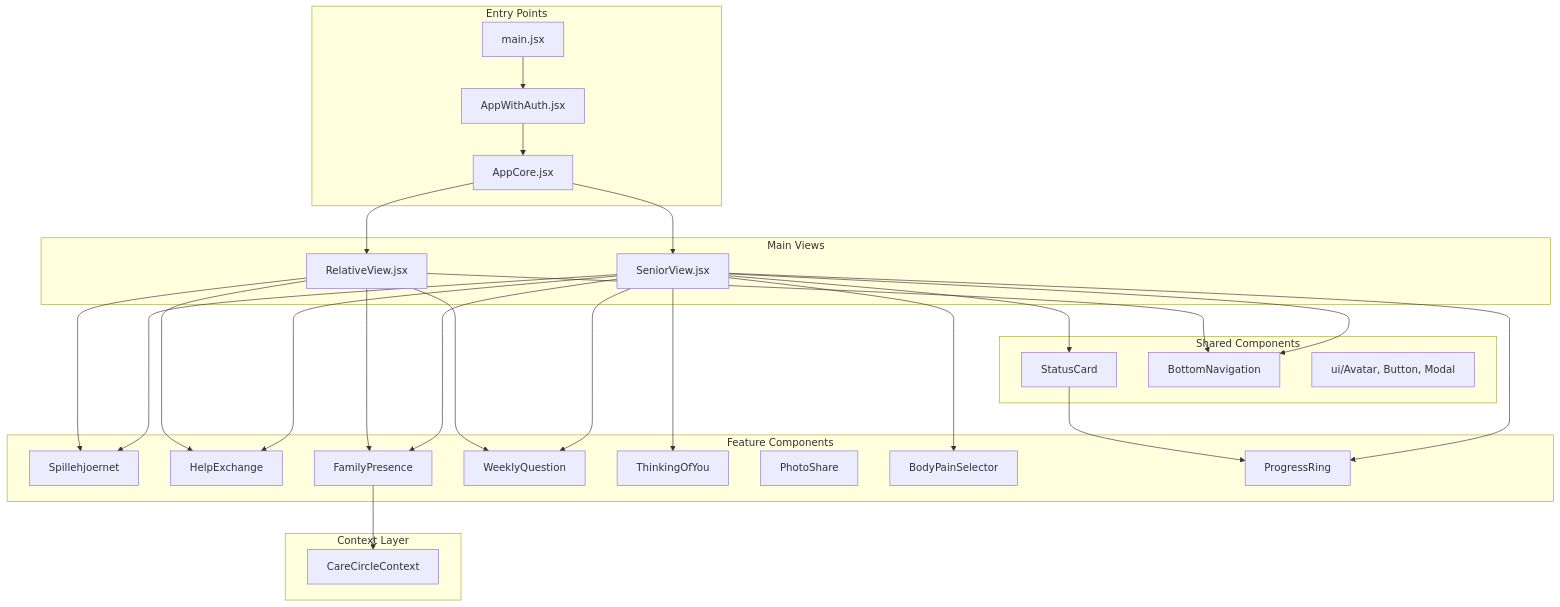
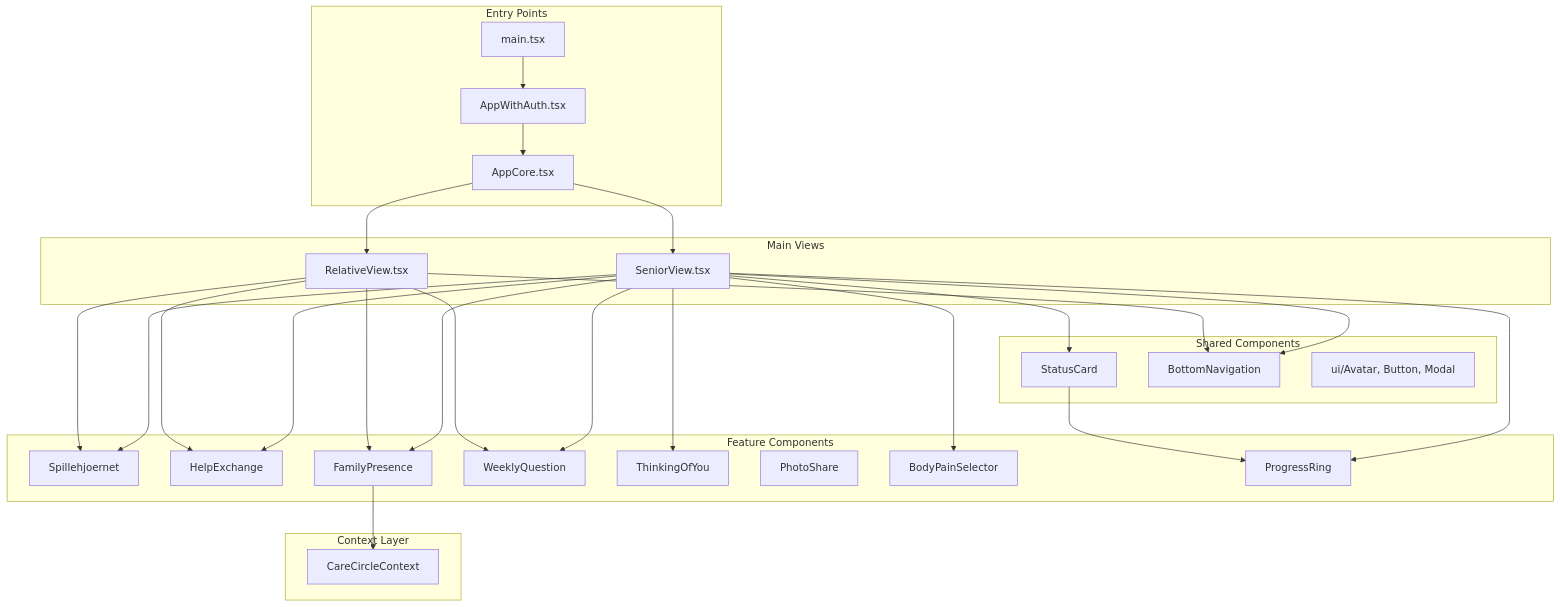
One commit to DinkoJuric/aeldrebagen changed the diagram in tryg-app/docs/DEPENDENCIES.md. Above: the diagram before and after it, drawn with Mermaid. The commit also changed other lines of this file and 31 other files, not shown here.

````diff
--- a/tryg-app/docs/DEPENDENCIES.md
+++ b/tryg-app/docs/DEPENDENCIES.md
@@ -23,58 +23,58 @@
 ```mermaid
 graph TD
     subgraph Entry["Entry Points"]
-        main[main.jsx]
-        AppWithAuth[AppWithAuth.jsx]
-        AppCore[AppCore.jsx]
+        main[main.tsx]
+        AppWithAuth[AppWithAuth.tsx]
+        AppCore[AppCore.tsx]
     end
 
     subgraph Views["Main Views"]
-        SeniorView[SeniorView.jsx]
-        RelativeView[RelativeView.jsx]
+        SeniorView[SeniorView.tsx]
+        RelativeView[RelativeView.tsx]
     end
 
     subgraph Features["Feature Components"]
         WordGame[Spillehjoernet]
         HelpExchange[HelpExchange]
         FamilyPresence[FamilyPresence]
         WeeklyQuestion[WeeklyQuestion]
         ThinkingOfYou[ThinkingOfYou]
         Photos[PhotoShare]
         Symptoms[BodyPainSelector]
         Tasks[ProgressRing]
     end
 
     subgraph Shared["Shared Components"]
         StatusCard[StatusCard]
         BottomNav[BottomNavigation]
         UI[ui/Avatar, Button, Modal]
     end
 
     subgraph Context["Context Layer"]
         CareCircle[CareCircleContext]
     end
 
     main --> AppWithAuth
     AppWithAuth --> AppCore
     AppCore --> SeniorView
     AppCore --> RelativeView
     
     SeniorView --> WordGame
     SeniorView --> HelpExchange
     SeniorView --> FamilyPresence
     SeniorView --> WeeklyQuestion
     SeniorView --> ThinkingOfYou
     SeniorView --> Symptoms
     SeniorView --> Tasks
     SeniorView --> StatusCard
     SeniorView --> BottomNav
     
     RelativeView --> WordGame
     RelativeView --> HelpExchange
     RelativeView --> FamilyPresence
     RelativeView --> WeeklyQuestion
     RelativeView --> BottomNav
     
     FamilyPresence --> CareCircle
     StatusCard --> Tasks
 ```
````
